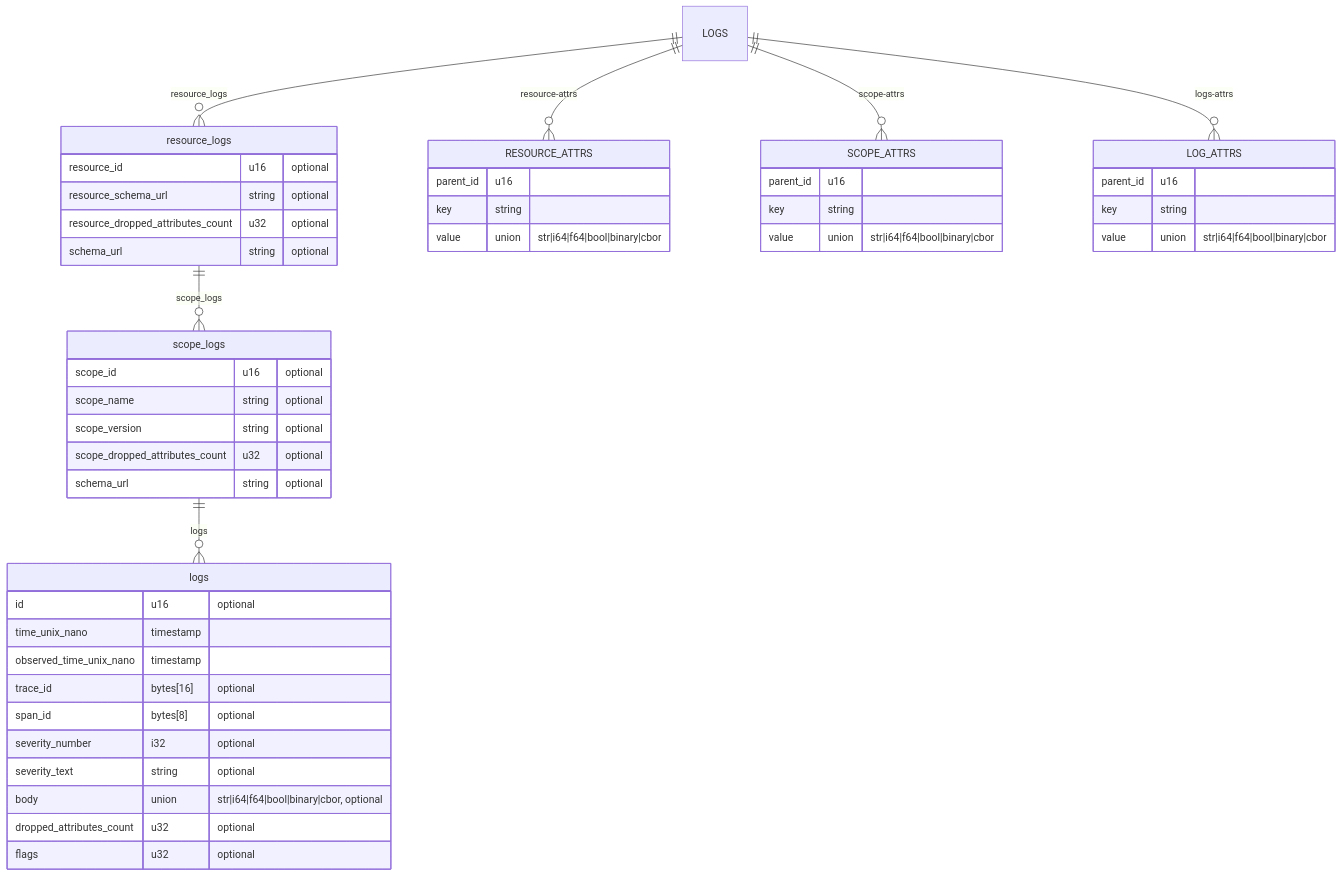
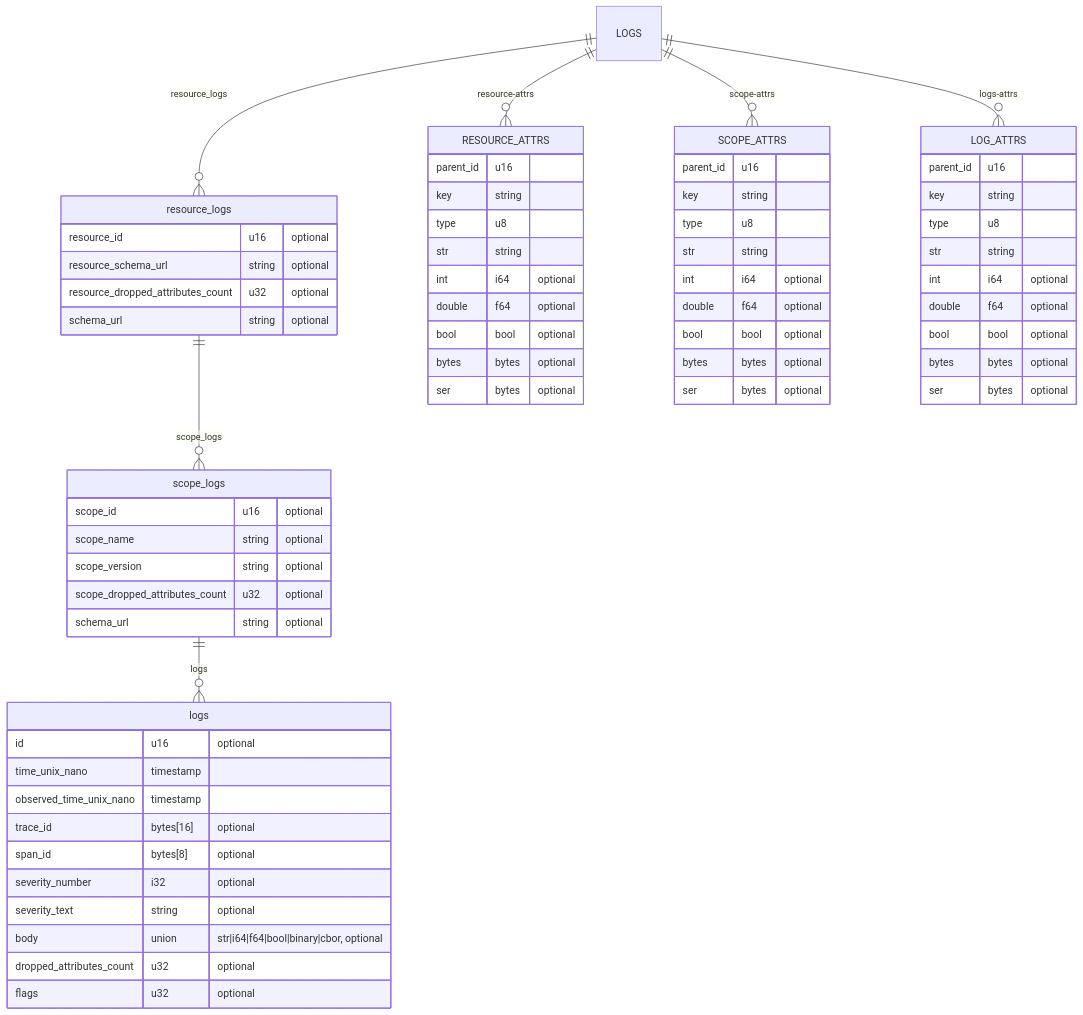
One commit to f5/otel-arrow-adapter changed the second of 3 diagrams in docs/data_model.md. Above: the diagram before and after it, drawn with Mermaid. The commit also changed other lines of this file and 6 other files, not shown here.

````diff
--- a/docs/data_model.md
+++ b/docs/data_model.md
@@ -214,51 +268,69 @@
 ```mermaid
 erDiagram
     LOGS ||--o{ resource_logs : resource_logs
     resource_logs ||--o{ scope_logs : scope_logs
     scope_logs ||--o{ logs : logs
     LOGS ||--o{ RESOURCE_ATTRS : resource-attrs
     LOGS ||--o{ SCOPE_ATTRS : scope-attrs
     LOGS ||--o{ LOG_ATTRS : logs-attrs
+    LOGS{
+    }
+    resource_logs{
+        resource_id u16 "optional"
+        resource_schema_url string "optional"
+        resource_dropped_attributes_count u32 "optional"
+        schema_url string "optional"
+    }
     scope_logs{
         scope_id u16 "optional"
         scope_name string "optional"
         scope_version string "optional"
         scope_dropped_attributes_count u32 "optional"
         schema_url string "optional"
     }
     logs{
         id u16 "optional"
         time_unix_nano timestamp 
         observed_time_unix_nano timestamp 
         trace_id bytes[16] "optional"
         span_id bytes[8] "optional"
         severity_number i32 "optional"
         severity_text string "optional"
         body union "str|i64|f64|bool|binary|cbor, optional"
         dropped_attributes_count u32 "optional"
         flags u32 "optional"
     }
     RESOURCE_ATTRS{
         parent_id u16 
         key string 
-        value union "str|i64|f64|bool|binary|cbor"
+        type u8 
+        str string 
+        int i64 "optional"
+        double f64 "optional"
+        bool bool "optional"
+        bytes bytes "optional"
+        ser bytes "optional"
     }
     SCOPE_ATTRS{
         parent_id u16 
         key string 
-        value union "str|i64|f64|bool|binary|cbor"
+        type u8 
+        str string 
+        int i64 "optional"
+        double f64 "optional"
+        bool bool "optional"
+        bytes bytes "optional"
+        ser bytes "optional"
     }
     LOG_ATTRS{
         parent_id u16 
         key string 
-        value union "str|i64|f64|bool|binary|cbor"
-    }
-    LOGS{
-    }
-    resource_logs{
-        resource_id u16 "optional"
-        resource_schema_url string "optional"
-        resource_dropped_attributes_count u32 "optional"
-        schema_url string "optional"
+        type u8 
+        str string 
+        int i64 "optional"
+        double f64 "optional"
+        bool bool "optional"
+        bytes bytes "optional"
+        ser bytes "optional"
     }
 ```
````
